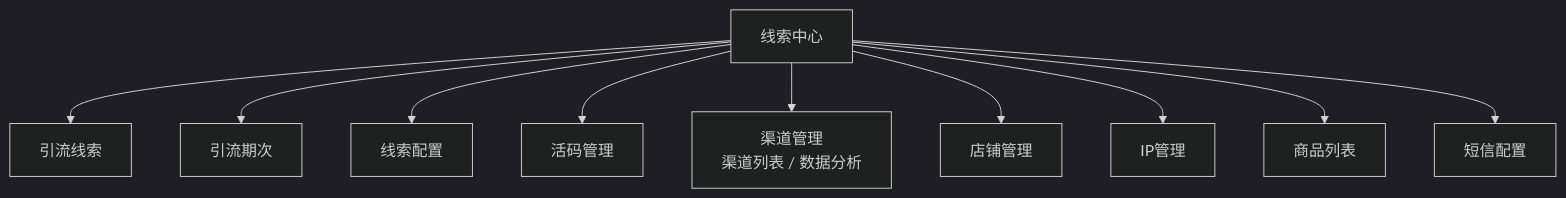
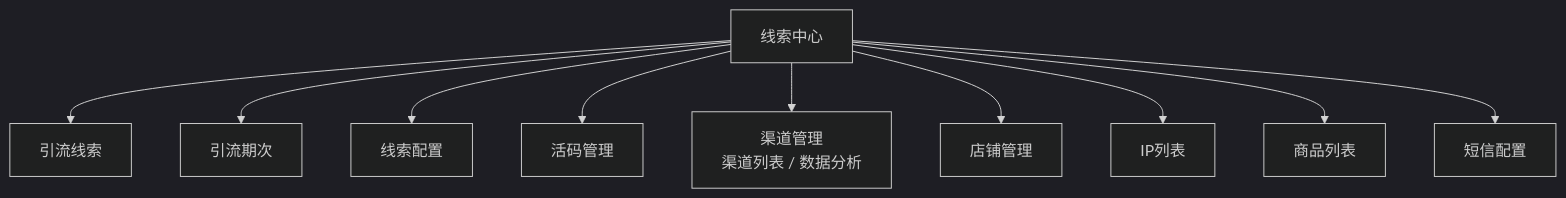
The first of 9 diagrams in docs/product/合数BOSS V1.0线索中心需求文档.md (freya-pr/heshu-boss-demo), drawn with Mermaid (dark theme) before and after one commit. The commit also changed other lines of this file and 2 other files, not shown here.

Commit message:
feat: refine lead search and tag filters

````diff
--- a/docs/product/合数BOSS V1.0线索中心需求文档.md
+++ b/docs/product/合数BOSS V1.0线索中心需求文档.md
@@ -22,12 +30,12 @@
 ```mermaid
 flowchart TD
     LEAD["线索中心"] --> L1["引流线索"]
     LEAD --> PERIOD["引流期次"]
     LEAD --> LC["线索配置"]
     LEAD --> QR["活码管理"]
     LEAD --> CH["渠道管理<br/>渠道列表 / 数据分析"]
     LEAD --> SHOP["店铺管理"]
-    LEAD --> IP["IP管理"]
+    LEAD --> IP["IP列表"]
     LEAD --> PRODUCT["商品列表"]
     LEAD --> SMS_CONFIG["短信配置"]
 ```
````
